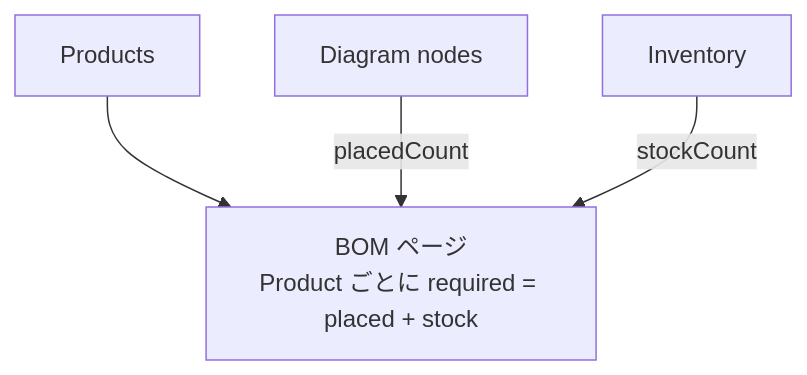
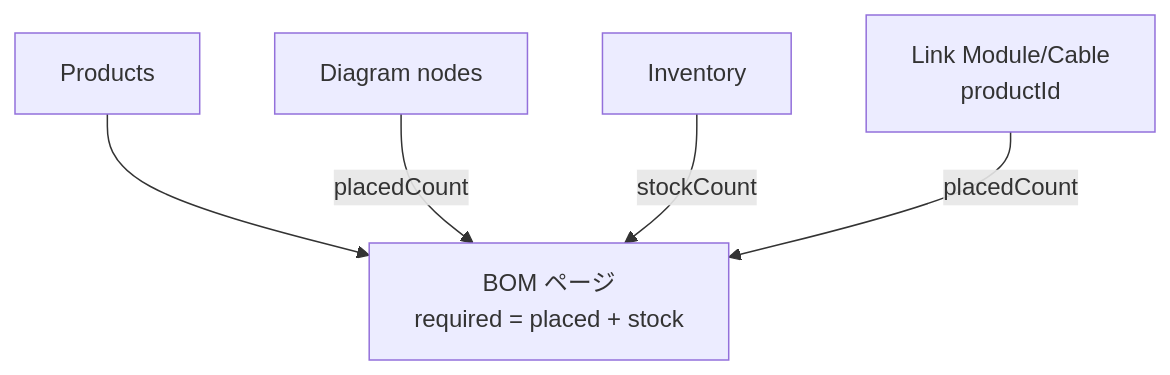
One commit to konoe-akitoshi/shumoku changed the fifth of 5 diagrams in apps/editor/docs/materials-flow.md. Above: the diagram before and after it, drawn with Mermaid. The commit also changed other lines of this file, not shown here.

First line of the commit message:
docs(editor): rework materials-flow as state graph + close Q5/Q6

````diff
--- a/apps/editor/docs/materials-flow.md
+++ b/apps/editor/docs/materials-flow.md
@@ -264,7 +158,8 @@
 ```mermaid
 flowchart TD
   P[Products] --> BOM
   D[Diagram nodes] -->|placedCount| BOM
   I[Inventory] -->|stockCount| BOM
-  BOM[BOM ページ<br/>Product ごとに required = placed + stock]
+  L[Link Module/Cable<br/>productId] -->|placedCount| BOM
+  BOM[BOM ページ<br/>required = placed + stock]
 ```
````
